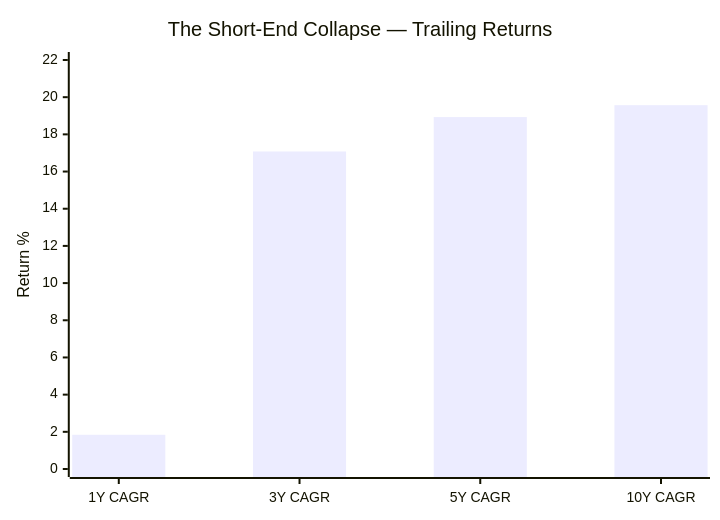
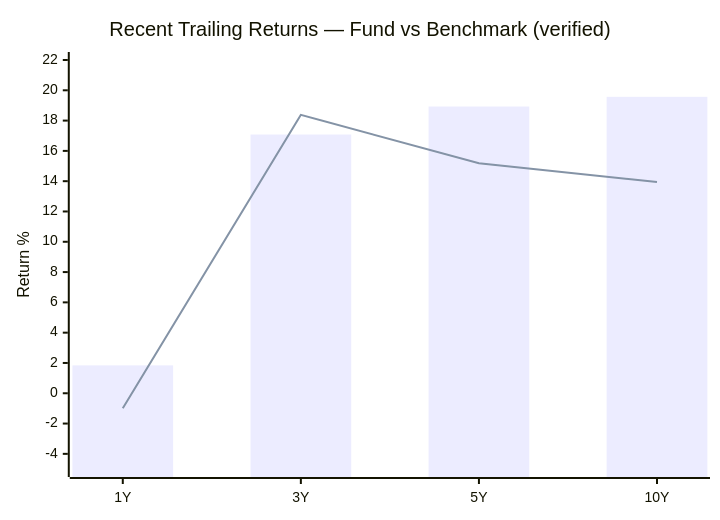
One commit to mayankutkarsh334/Investment changed the eighth of 15 diagrams in Mutual Fund/SmallCap/funds/hsbc/module1_returns.md. Above: the diagram before and after it, drawn with Mermaid. The commit also changed other lines of this file and 2 other files, not shown here.

````diff
--- a/Mutual Fund/SmallCap/funds/hsbc/module1_returns.md
+++ b/Mutual Fund/SmallCap/funds/hsbc/module1_returns.md
@@ -251,7 +253,8 @@
 ```mermaid
 xychart-beta
-    title "The Short-End Collapse — Trailing Returns"
-    x-axis ["1Y CAGR", "3Y CAGR", "5Y CAGR", "10Y CAGR"]
-    y-axis "Return %" 0 --> 22
+    title "Recent Trailing Returns — Fund vs Benchmark (verified)"
+    x-axis ["1Y", "3Y", "5Y", "10Y"]
+    y-axis "Return %" -5 --> 22
     bar [1.84, 17.08, 18.93, 19.57]
+    line [-0.99, 18.38, 15.18, 13.95]
 ```
````
